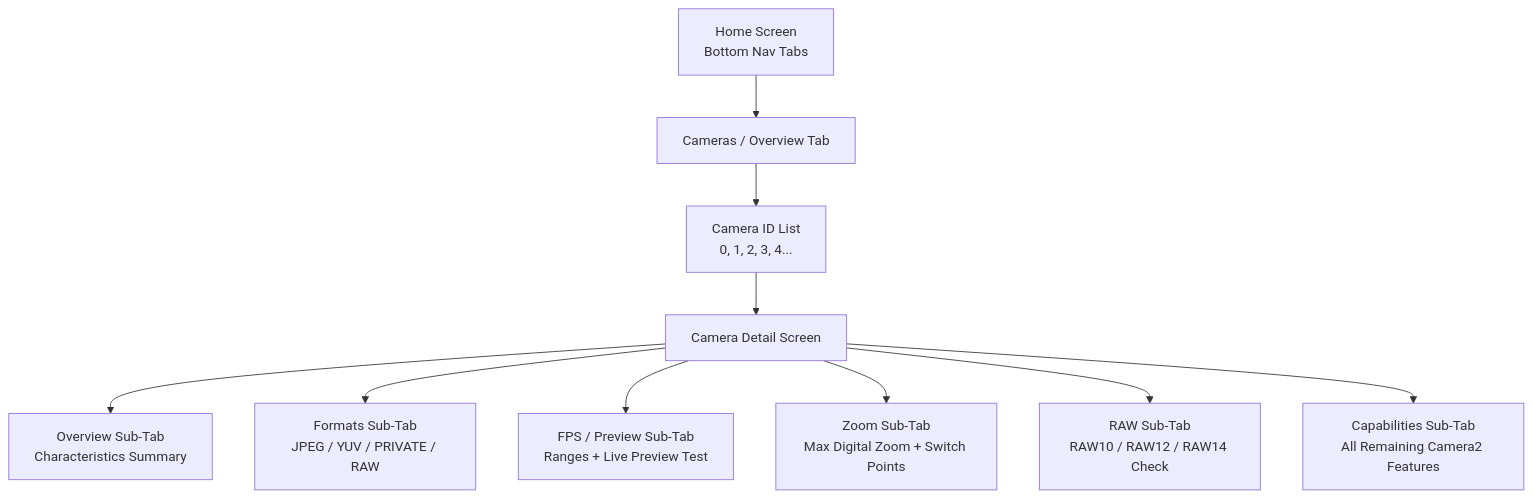
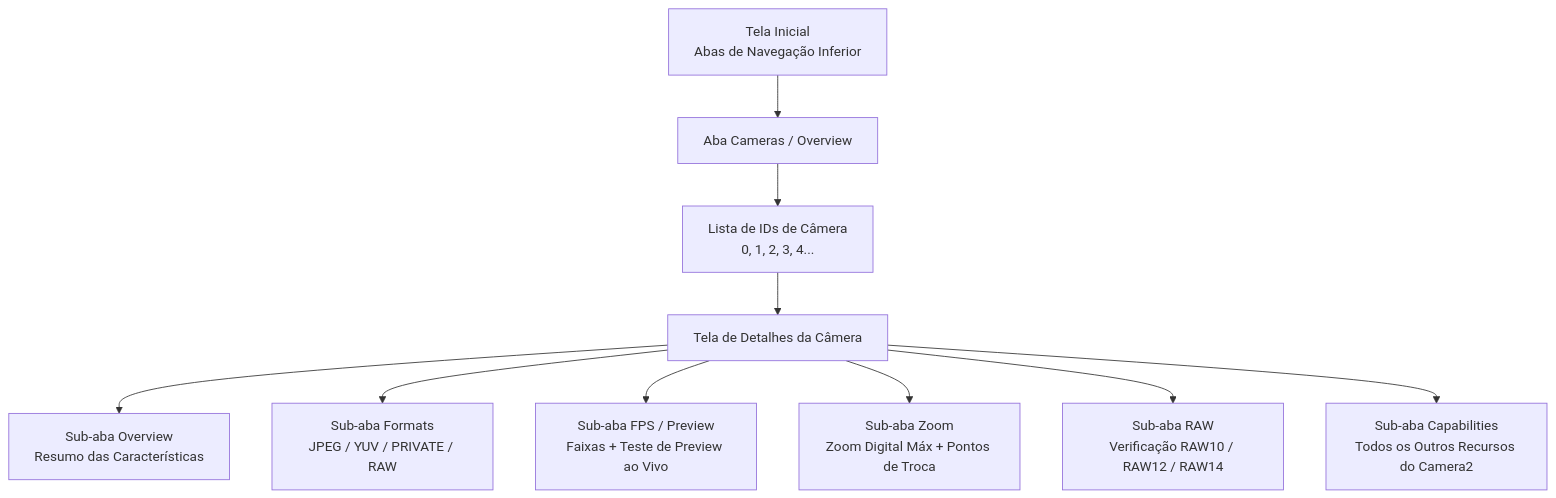
The second of 2 diagrams in website/i18n/pt-BR/docusaurus-plugin-content-docs/current/camera2/exploring-your-phones-camera.md (zoozooll/AndroidCameraParameters), drawn with Mermaid before and after one commit. The commit also changed other lines of this file and 378 other files, not shown here.

````diff
--- a/website/i18n/pt-BR/docusaurus-plugin-content-docs/current/camera2/exploring-your-phones-camera.md
+++ b/website/i18n/pt-BR/docusaurus-plugin-content-docs/current/camera2/exploring-your-phones-camera.md
@@ -204,12 +204,12 @@
 ```mermaid
 flowchart TD
-    A[Home Screen\nBottom Nav Tabs] --> B[Cameras / Overview Tab]
-    B --> C[Camera ID List\n0, 1, 2, 3, 4...]
-    C --> D[Camera Detail Screen]
-    D --> E[Overview Sub-Tab\nCharacteristics Summary]
-    D --> F[Formats Sub-Tab\nJPEG / YUV / PRIVATE / RAW]
-    D --> G[FPS / Preview Sub-Tab\nRanges + Live Preview Test]
-    D --> H[Zoom Sub-Tab\nMax Digital Zoom + Switch Points]
-    D --> I[RAW Sub-Tab\nRAW10 / RAW12 / RAW14 Check]
-    D --> J[Capabilities Sub-Tab\nAll Remaining Camera2 Features]
+    A["Tela Inicial<br/>Abas de Navegação Inferior"] --> B["Aba Cameras / Overview"]
+    B --> C[Lista de IDs de Câmera<br/>0, 1, 2, 3, 4...]
+    C --> D[Tela de Detalhes da Câmera]
+    D --> E[Sub-aba Overview<br/>Resumo das Características]
+    D --> F[Sub-aba Formats<br/>JPEG / YUV / PRIVATE / RAW]
+    D --> G[Sub-aba FPS / Preview<br/>Faixas + Teste de Preview ao Vivo]
+    D --> H[Sub-aba Zoom<br/>Zoom Digital Máx + Pontos de Troca]
+    D --> I[Sub-aba RAW<br/>Verificação RAW10 / RAW12 / RAW14]
+    D --> J[Sub-aba Capabilities<br/>Todos os Outros Recursos do Camera2]
 ```
````
